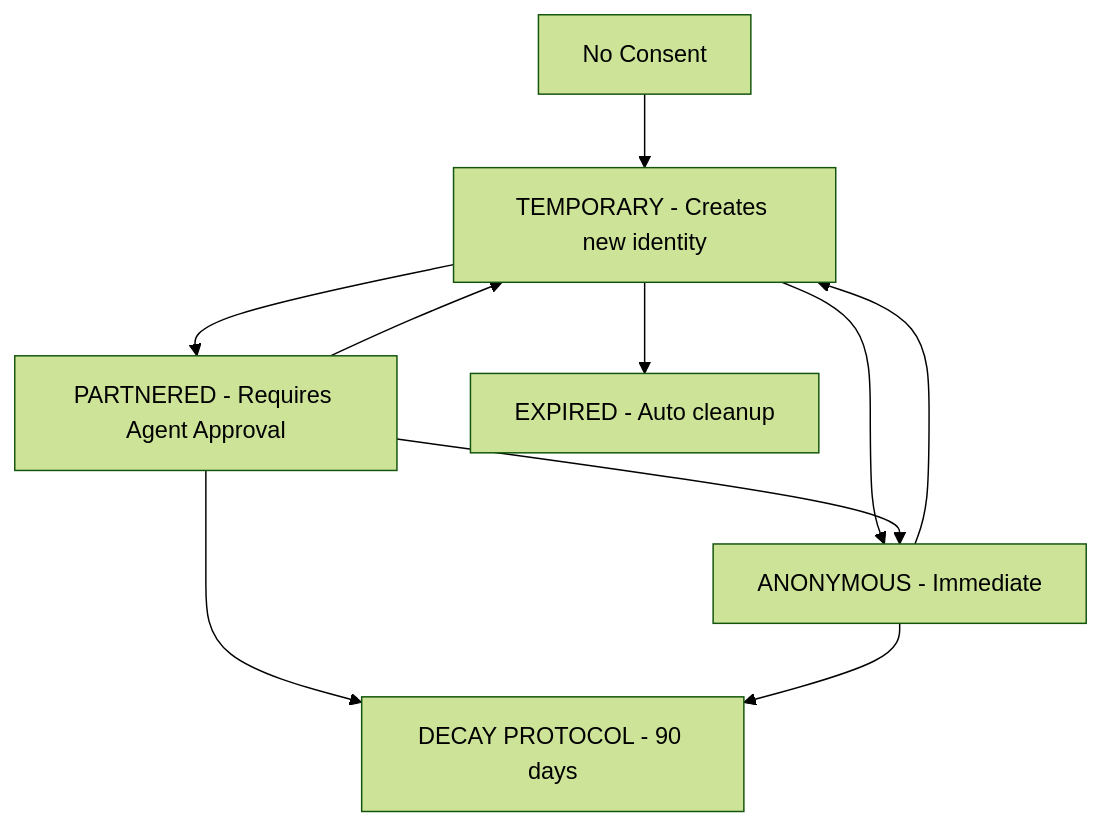
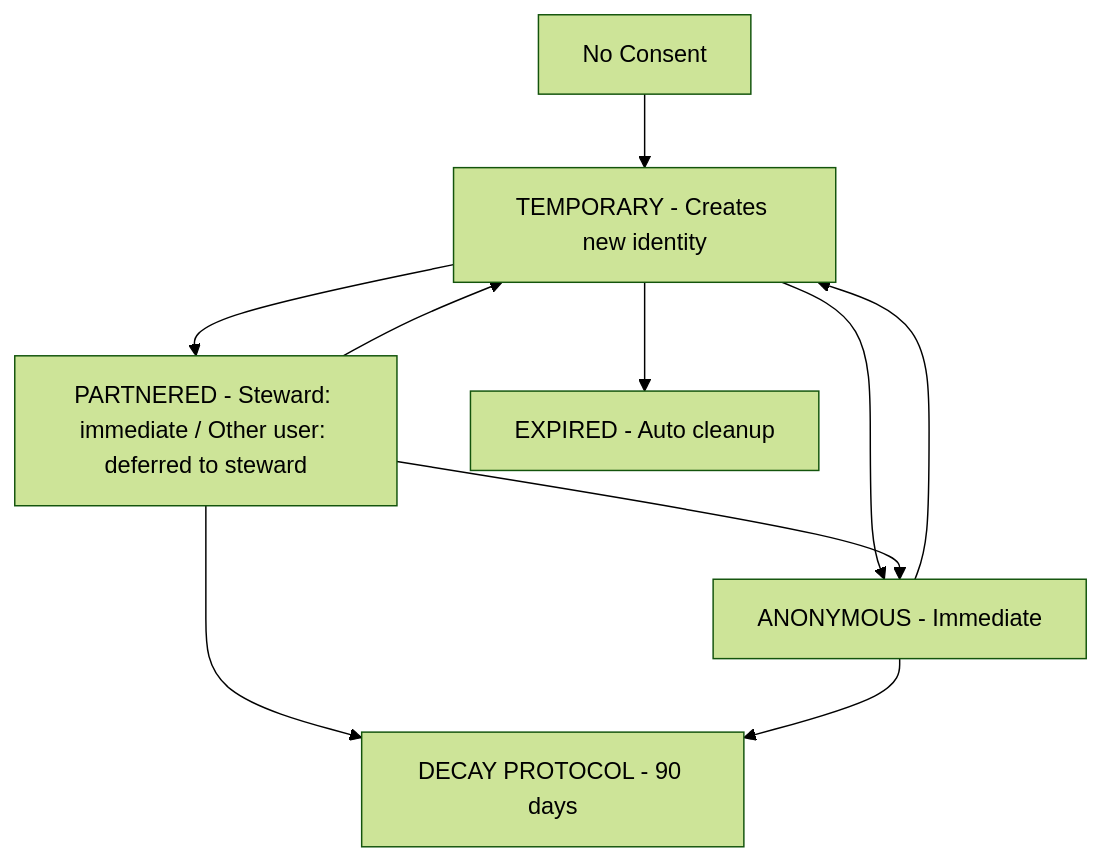
Before and after one commit to CIRISAI/CIRISAgent: the diagram in ciris_engine/logic/services/governance/consent/README.md, drawn with Mermaid (forest theme). The commit also changed other lines of this file and 38 other files, not shown here.

````diff
--- a/ciris_engine/logic/services/governance/consent/README.md
+++ b/ciris_engine/logic/services/governance/consent/README.md
@@ -57,12 +58,12 @@
 ```mermaid
 graph TD
     A[No Consent] --> B[TEMPORARY - 14 days]
-    B --> C[PARTNERED - Requires Agent Approval]
+    B --> C[PARTNERED - Steward: immediate / Other user: deferred to steward]
     B --> D[ANONYMOUS - Immediate]
     C --> B[TEMPORARY - Immediate]
     C --> D[ANONYMOUS - Immediate]
     D --> B[TEMPORARY - Creates new identity]
     B --> E[EXPIRED - Auto cleanup]
     C --> F[DECAY PROTOCOL - 90 days]
     D --> F[DECAY PROTOCOL - 90 days]
 ```
````
